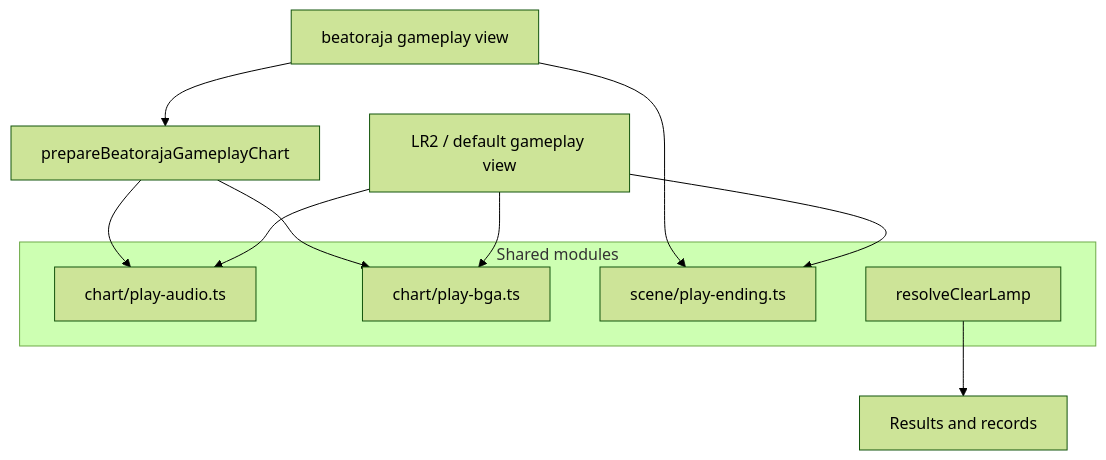
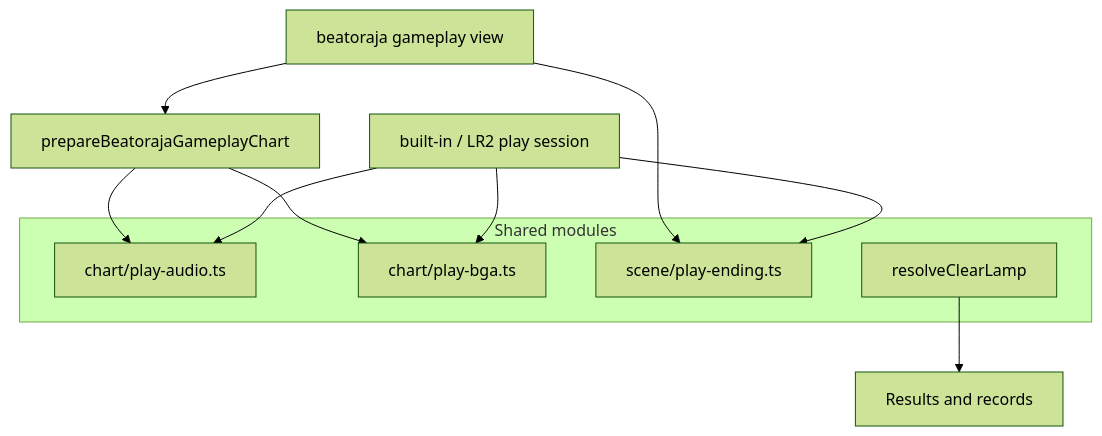
One commit to nulltask/be-music changed the fifth of 11 diagrams in docs/player-web.md. Above: the diagram before and after it, drawn with Mermaid (forest theme). The commit also changed other lines of this file and 5 other files, not shown here.

First line of the commit message:
docs: describe the LR2 play view and add PL7 to the P4 migration [ci skip]

````diff
--- a/docs/player-web.md
+++ b/docs/player-web.md
@@ -324,17 +324,17 @@
 ```mermaid
 flowchart TD
   subgraph shared [Shared modules]
     audio[chart/play-audio.ts]
     bga[chart/play-bga.ts]
     ending[scene/play-ending.ts]
     lamp[resolveClearLamp]
   end
-  core[LR2 / default gameplay view] --> audio
+  core[built-in / LR2 play session] --> audio
   core --> bga
   core --> ending
   prep[prepareBeatorajaGameplayChart] --> audio
   prep --> bga
   bview[beatoraja gameplay view] --> ending
   bview --> prep
   lamp --> results[Results and records]
 ```
````
